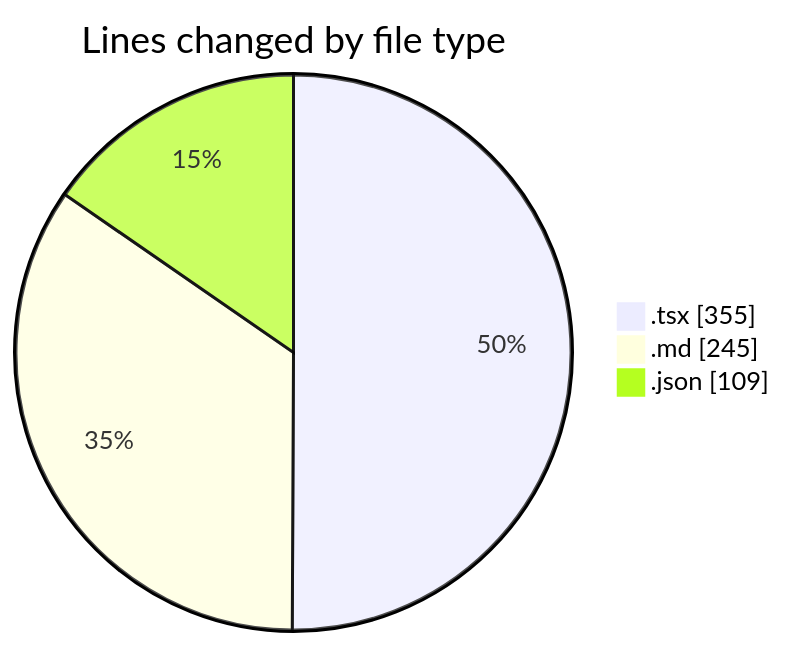
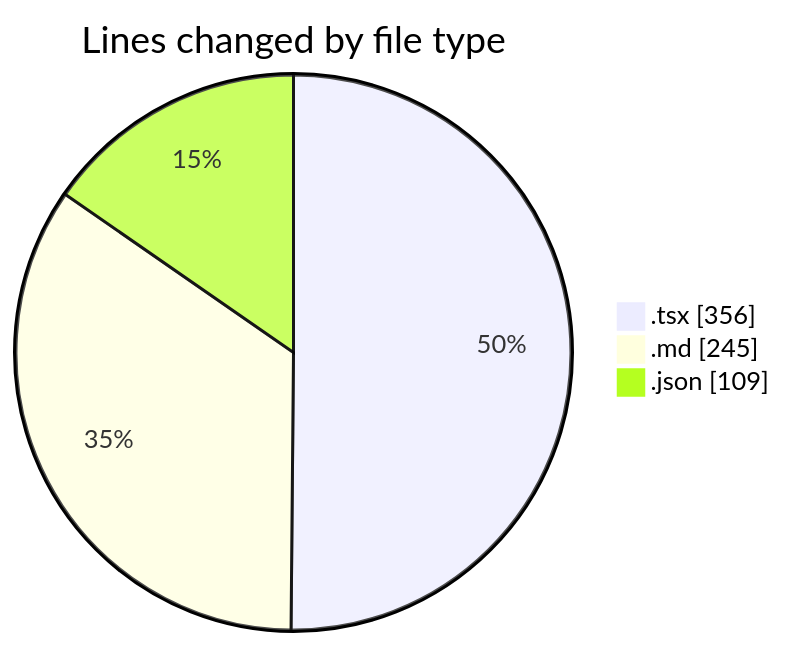
Before and after one commit to momahboobian/code-tracking: the first of 2 diagrams in 2025-12-12/cda/README.md, drawn with Mermaid. The commit also changed other lines of this file and 1 other file, not shown here.

````diff
--- a/2025-12-12/cda/README.md
+++ b/2025-12-12/cda/README.md
@@ -24,7 +24,7 @@
 ```mermaid
 pie showData
 title Lines changed by file type
-".tsx" : 355
+".tsx" : 356
 ".md" : 245
 ".json" : 109
 ```
````
